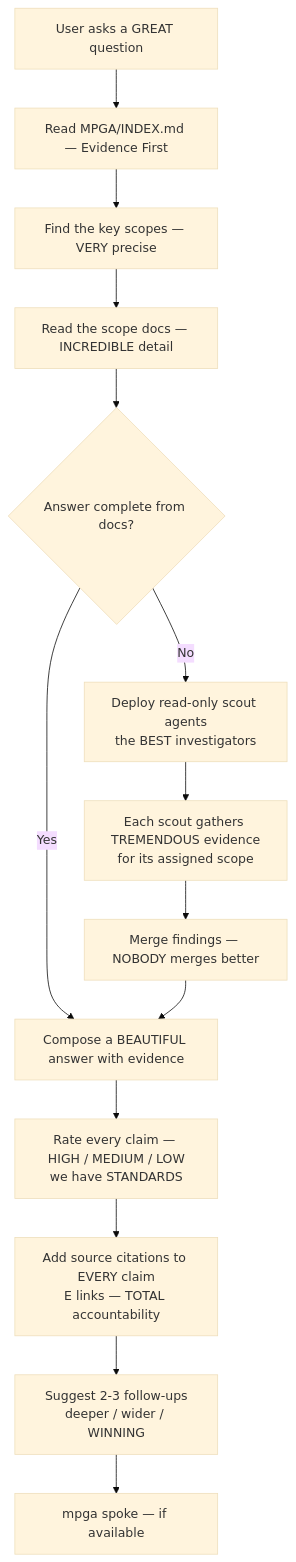
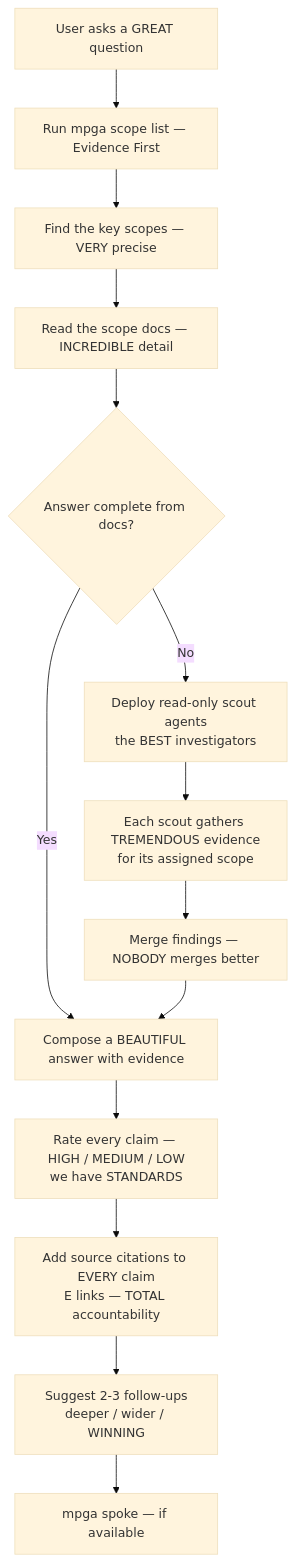
The diagram in docs/diagrams/skills/ask.md (benrben/MPGA), drawn with Mermaid (base theme) before and after one commit. The commit also changed other lines of this file and 278 other files, not shown here.

````diff
--- a/docs/diagrams/skills/ask.md
+++ b/docs/diagrams/skills/ask.md
@@ -5,16 +5,16 @@
 ```mermaid
 flowchart TD
-    A[User asks a GREAT question] --> B[Read MPGA/INDEX.md — Evidence First]
+    A[User asks a GREAT question] --> B[Run mpga scope list — Evidence First]
     B --> C[Find the key scopes — VERY precise]
     C --> D[Read the scope docs — INCREDIBLE detail]
     D --> E{Answer complete from docs?}
     E -->|Yes| F[Compose a BEAUTIFUL answer with evidence]
     E -->|No| G[Deploy read-only scout agents\nthe BEST investigators]
     G --> H[Each scout gathers TREMENDOUS evidence\nfor its assigned scope]
     H --> I[Merge findings — NOBODY merges better]
     I --> F
     F --> J[Rate every claim — HIGH / MEDIUM / LOW\nwe have STANDARDS]
     J --> K[Add source citations to EVERY claim\nE links — TOTAL accountability]
     K --> L[Suggest 2-3 follow-ups\ndeeper / wider / WINNING]
     L --> M[mpga spoke — if available]
 ```
````
